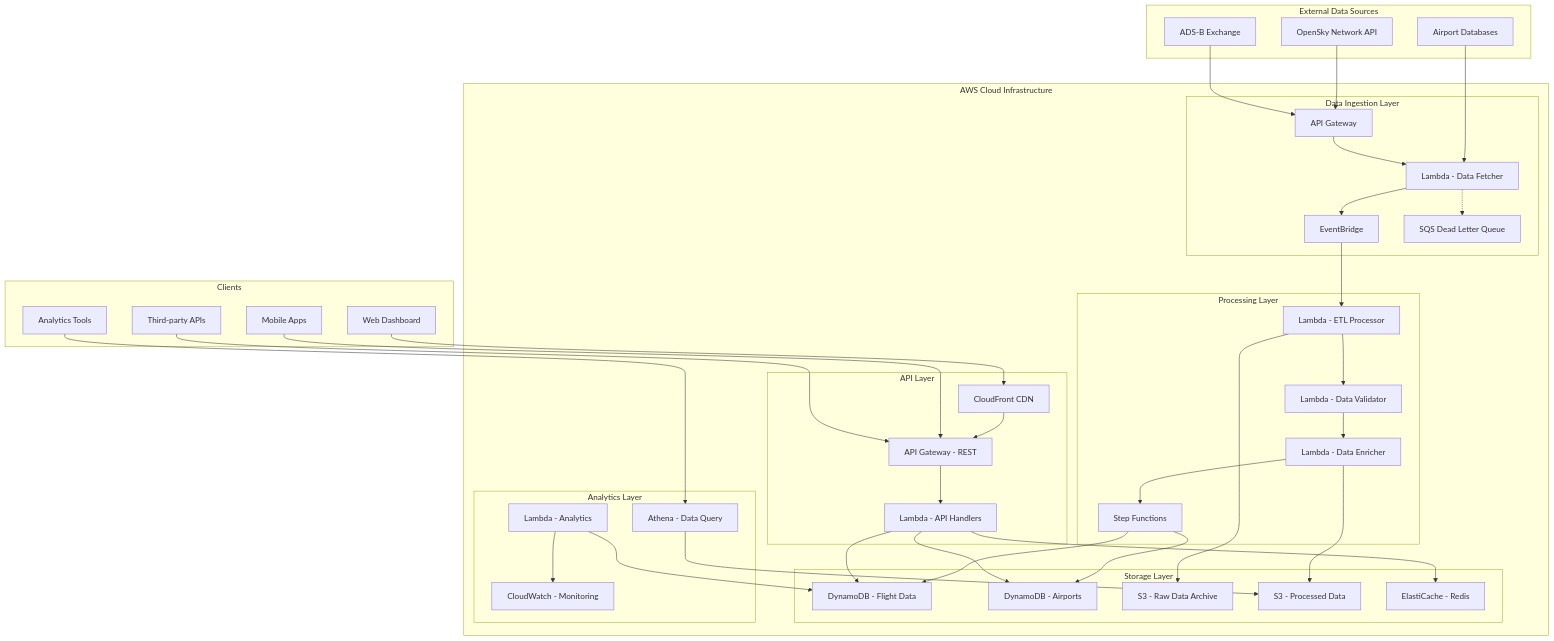
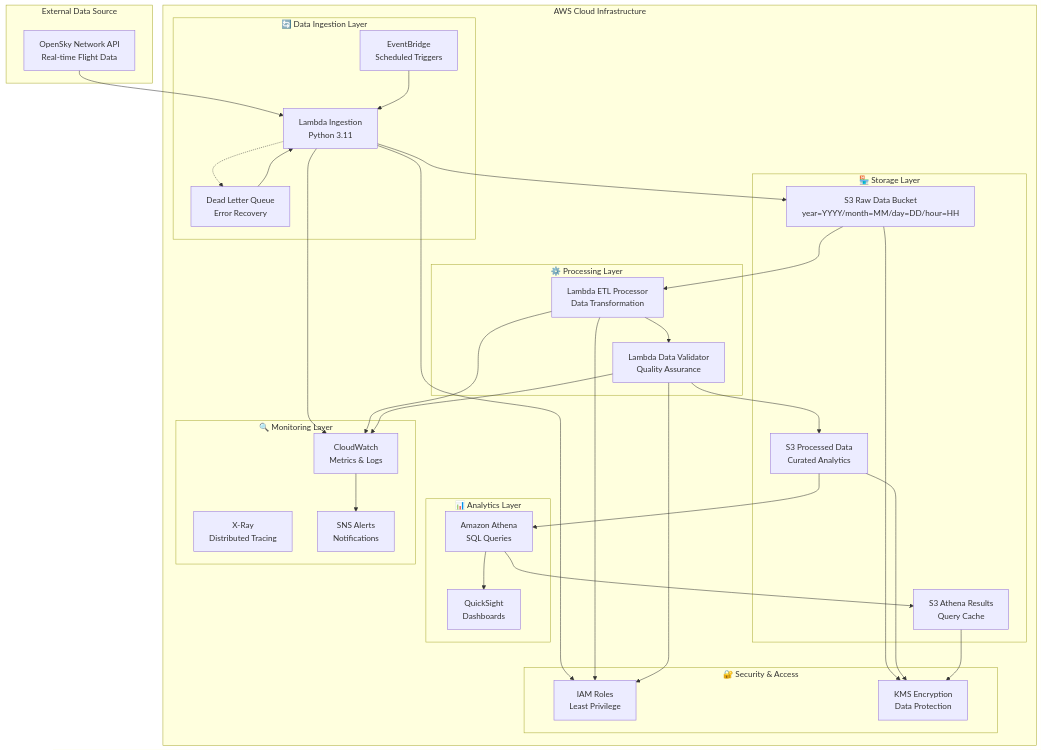
The first of 2 diagrams in README.md (cd3331/aws-flight-data-pipeline), drawn with Mermaid before and after one commit. The commit also changed other lines of this file and 13 other files, not shown here.

````diff
--- a/README.md
+++ b/README.md
@@ -69,85 +53,70 @@
 ```mermaid
 graph TB
-    subgraph "External Data Sources"
-        A1[OpenSky Network API]
-        A2[ADS-B Exchange]
-        A3[Airport Databases]
+    subgraph "External Data Source"
+        A[OpenSky Network API<br/>Real-time Flight Data]
     end
     
     subgraph "AWS Cloud Infrastructure"
-        subgraph "Data Ingestion Layer"
-            B1[API Gateway]
-            B2[Lambda - Data Fetcher]
-            B3[EventBridge]
-            B4[SQS Dead Letter Queue]
+        subgraph "🔄 Data Ingestion Layer"
+            B[EventBridge<br/>Scheduled Triggers]
+            C[Lambda Ingestion<br/>Python 3.11]
+            D[Dead Letter Queue<br/>Error Recovery]
         end
         
-        subgraph "Processing Layer"
-            C1[Lambda - ETL Processor]
-            C2[Lambda - Data Validator]
-            C3[Lambda - Data Enricher]
-            C4[Step Functions]
+        subgraph "🏪 Storage Layer"
+            E[S3 Raw Data Bucket<br/>year=YYYY/month=MM/day=DD/hour=HH]
+            F[S3 Processed Data<br/>Curated Analytics]
+            G[S3 Athena Results<br/>Query Cache]
         end
         
-        subgraph "Storage Layer"
-            D1[DynamoDB - Flight Data]
-            D2[DynamoDB - Airports]
-            D3[S3 - Raw Data Archive]
-            D4[S3 - Processed Data]
-            D5[ElastiCache - Redis]
+        subgraph "⚙️ Processing Layer"
+            H[Lambda ETL Processor<br/>Data Transformation]
+            I[Lambda Data Validator<br/>Quality Assurance]
         end
         
-        subgraph "API Layer"
-            E1[API Gateway - REST]
-            E2[Lambda - API Handlers]
-            E3[CloudFront CDN]
+        subgraph "📊 Analytics Layer"
+            J[Amazon Athena<br/>SQL Queries]
+            K[QuickSight<br/>Dashboards]
         end
         
-        subgraph "Analytics Layer"
-            F1[Lambda - Analytics]
-            F2[Athena - Data Query]
-            F3[CloudWatch - Monitoring]
+        subgraph "🔍 Monitoring Layer"
+            L[CloudWatch<br/>Metrics & Logs]
+            M[X-Ray<br/>Distributed Tracing]
+            N[SNS Alerts<br/>Notifications]
+        end
+        
+        subgraph "🔐 Security & Access"
+            O[IAM Roles<br/>Least Privilege]
+            P[KMS Encryption<br/>Data Protection]
         end
     end
     
-    subgraph "Clients"
-        G1[Web Dashboard]
-        G2[Mobile Apps]
-        G3[Third-party APIs]
-        G4[Analytics Tools]
-    end
+    %% Data Flow
+    A --> C
+    B --> C
+    C --> E
+    C -.-> D
+    E --> H
+    H --> I
+    I --> F
+    F --> J
+    J --> G
+    J --> K
     
-    %% Data Flow
-    A1 --> B1
-    A2 --> B1
-    A3 --> B2
+    %% Monitoring
+    C --> L
+    H --> L
+    I --> L
+    L --> N
     
-    B1 --> B2
-    B2 --> B3
-    B3 --> C1
-    B2 -.-> B4
+    %% Security
+    C --> O
+    H --> O
+    I --> O
+    E --> P
+    F --> P
+    G --> P
     
-    C1 --> C2
-    C2 --> C3
-    C3 --> C4
-    C4 --> D1
-    C4 --> D2
-    
-    C1 --> D3
-    C3 --> D4
-    E2 --> D5
-    
-    E1 --> E2
-    E2 --> D1
-    E2 --> D2
-    E3 --> E1
-    
-    F1 --> D1
-    F2 --> D4
-    F1 --> F3
-    
-    G1 --> E3
-    G2 --> E1
-    G3 --> E1
-    G4 --> F2
+    %% Error Handling
+    D --> C
 ```
````
